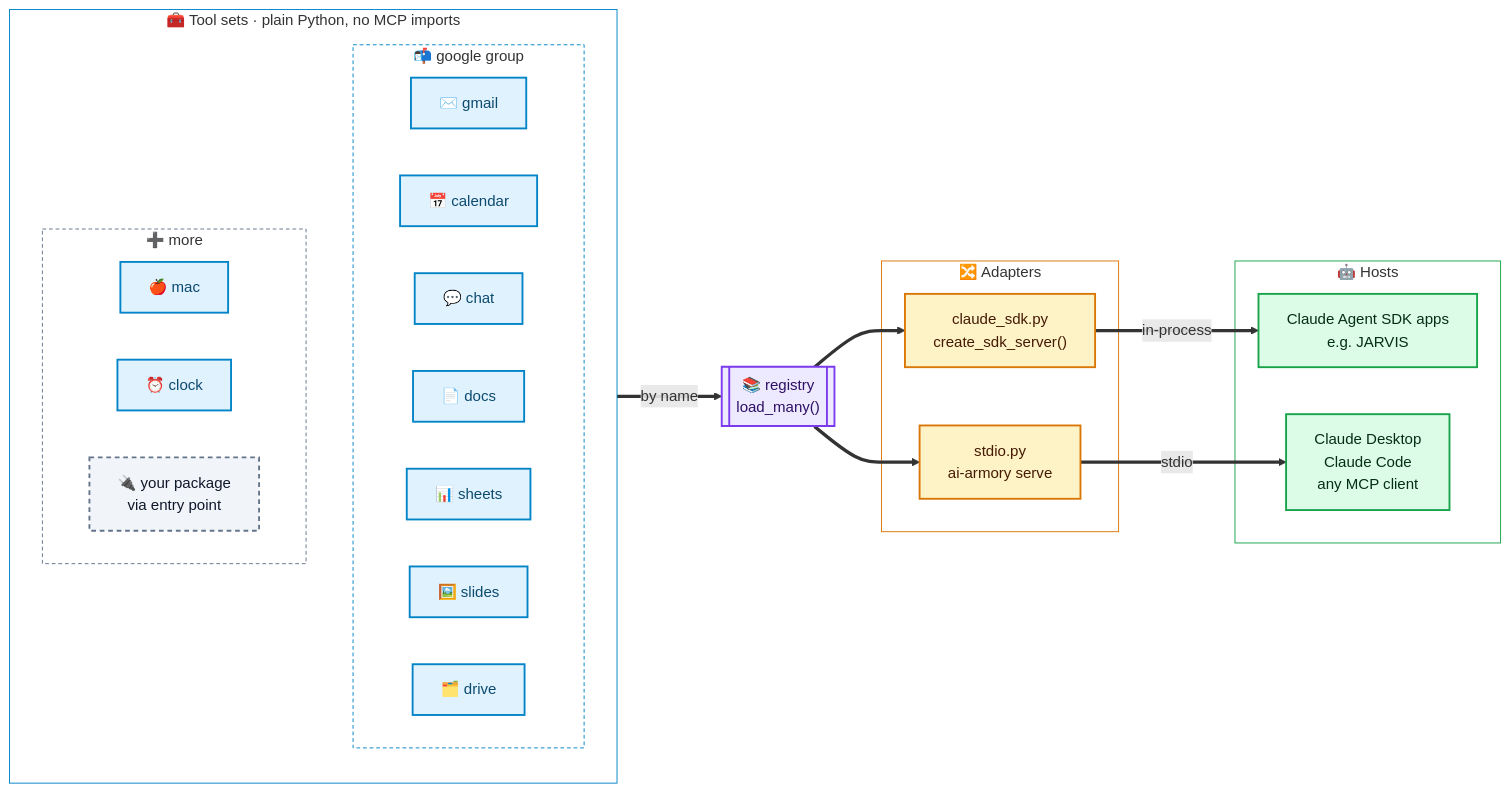
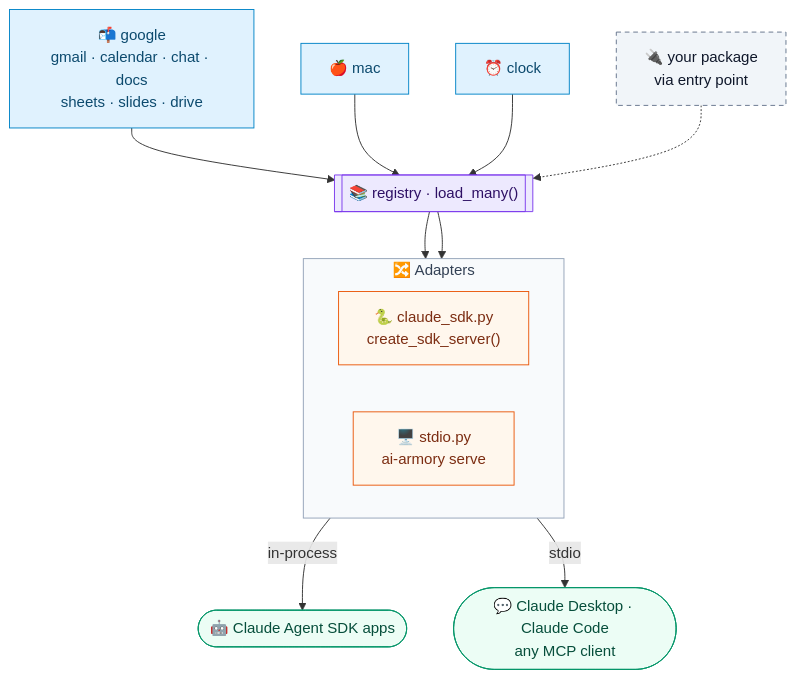
The diagram in README.md (anilkumarmeena/ai-armory), drawn with Mermaid before and after one commit. The commit also changed other lines of this file and 7 other files, not shown here.

````diff
--- a/README.md
+++ b/README.md
@@ -35,55 +83,33 @@
 ```mermaid
-flowchart LR
-    subgraph SETS["🧰 Tool sets · plain Python, no MCP imports"]
-        subgraph GOOGLE["📬 google group"]
-            gmail["✉️ gmail"]
-            calendar["📅 calendar"]
-            chat["💬 chat"]
-            docs["📄 docs"]
-            sheets["📊 sheets"]
-            slides["🖼️ slides"]
-            drive["🗂️ drive"]
-        end
-        subgraph MORE["➕ more"]
-            mac["🍎 mac"]
-            clock["⏰ clock"]
-            plugin["🔌 your package<br/>via entry point"]
-        end
+flowchart TB
+    google["📬 google<br/>gmail · calendar · chat · docs<br/>sheets · slides · drive"]
+    mac["🍎 mac"]
+    clock["⏰ clock"]
+    plugin["🔌 your package<br/>via entry point"]
+    registry[["📚 registry · load_many()"]]
+    subgraph Adapters["🔀 Adapters"]
+        direction LR
+        sdk["🐍 claude_sdk.py<br/>create_sdk_server()"]
+        stdio["🖥️ stdio.py<br/>ai-armory serve"]
     end
+    agent(["🤖 Claude Agent SDK apps"])
+    clients(["💬 Claude Desktop · Claude Code<br/>any MCP client"])
 
-    registry[["📚 registry<br/>load_many()"]]
+    google & mac & clock --> registry
+    plugin -.-> registry
+    registry --> sdk & stdio
+    sdk -->|"in-process"| agent
+    stdio -->|"stdio"| clients
 
-    subgraph ADAPTERS["🔀 Adapters"]
-        sdk["claude_sdk.py<br/>create_sdk_server()"]
-        stdio["stdio.py<br/>ai-armory serve"]
-    end
-
-    subgraph HOSTS["🤖 Hosts"]
-        agent["Claude Agent SDK apps<br/>e.g. JARVIS"]
-        clients["Claude Desktop<br/>Claude Code<br/>any MCP client"]
-    end
-
-    SETS ==>|"by name"| registry
-    registry ==> sdk
-    registry ==> stdio
-    sdk ==>|"in-process"| agent
-    stdio ==>|"stdio"| clients
-
-    classDef set fill:#e0f2fe,stroke:#0284c7,stroke-width:2px,color:#0c4a6e
-    classDef coreNode fill:#ede9fe,stroke:#7c3aed,stroke-width:2px,color:#2e1065
-    classDef adapter fill:#fef3c7,stroke:#d97706,stroke-width:2px,color:#451a03
-    classDef host fill:#dcfce7,stroke:#16a34a,stroke-width:2px,color:#052e16
-    classDef ext fill:#f1f5f9,stroke:#64748b,stroke-width:2px,stroke-dasharray:5 4,color:#0f172a
-
-    class mac,clock,gmail,calendar,chat,docs,sheets,slides,drive set
-    class registry coreNode
+    classDef set fill:#e0f2fe,stroke:#0284c7,color:#0c4a6e
+    classDef ext fill:#f1f5f9,stroke:#64748b,stroke-dasharray:5 4,color:#0f172a
+    classDef core fill:#ede9fe,stroke:#7c3aed,color:#2e1065
+    classDef adapter fill:#fff7ed,stroke:#ea580c,color:#7c2d12
+    classDef host fill:#ecfdf5,stroke:#059669,color:#064e3b
+    class google,mac,clock set
+    class plugin ext
+    class registry core
     class sdk,stdio adapter
     class agent,clients host
-    class plugin ext
-
-    style SETS fill:transparent,stroke:#0284c7
-    style GOOGLE fill:transparent,stroke:#0284c7,stroke-dasharray:4 3
-    style MORE fill:transparent,stroke:#64748b,stroke-dasharray:4 3
-    style ADAPTERS fill:transparent,stroke:#d97706
-    style HOSTS fill:transparent,stroke:#16a34a
+    style Adapters fill:#f8fafc,stroke:#94a3b8,color:#334155
 ```
````
